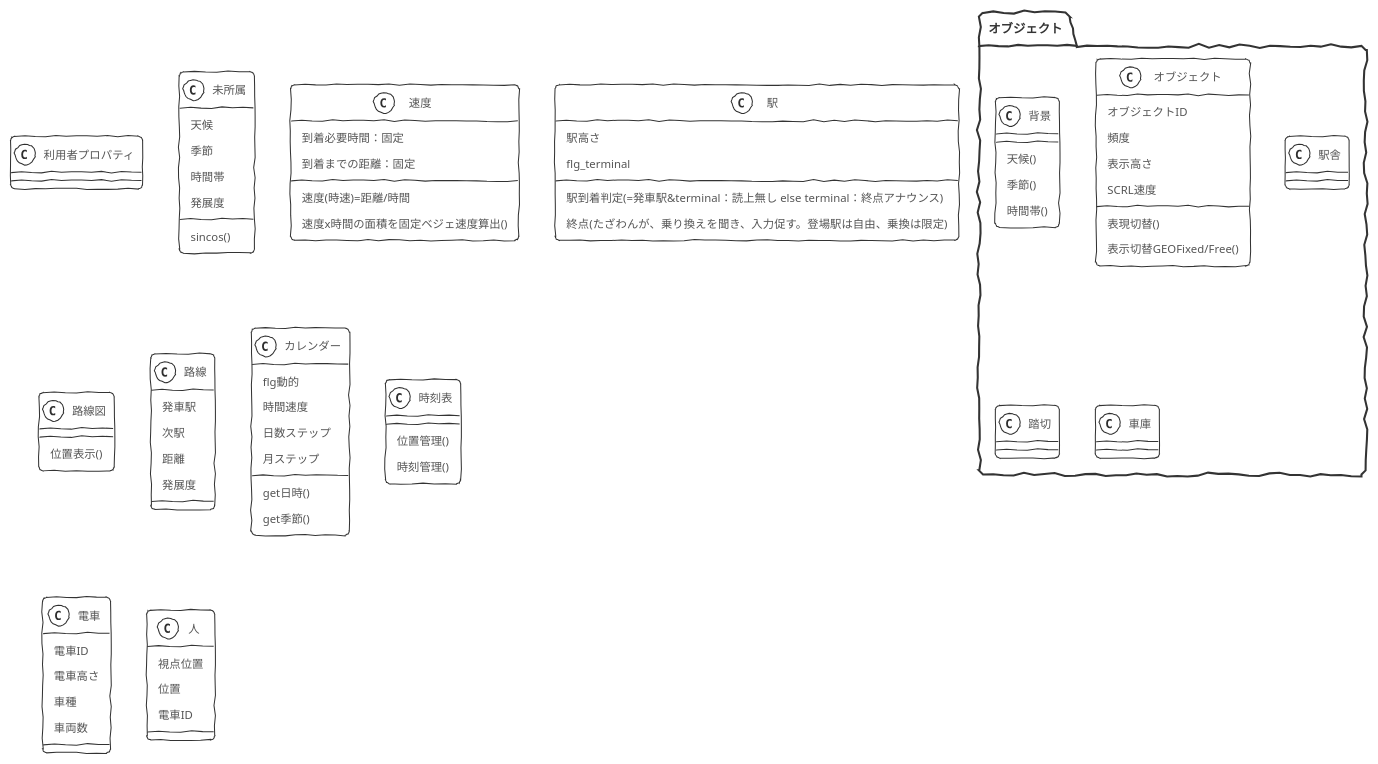
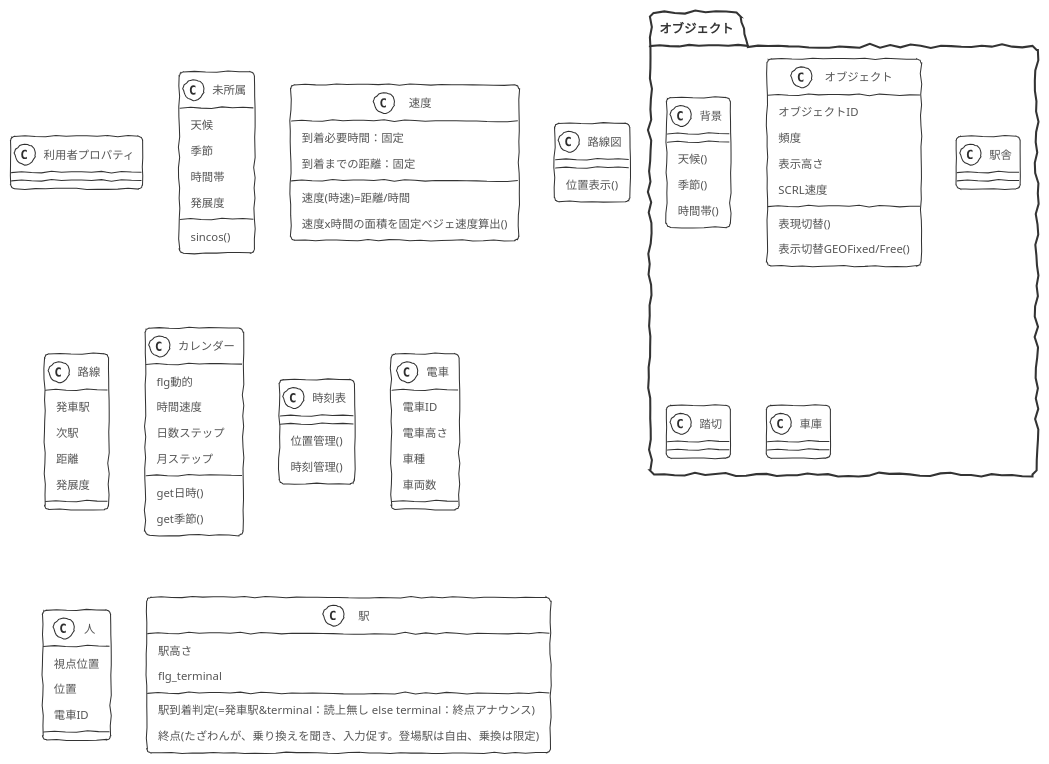
The diagram in 整理.md (ssmxgo/tazawa_prj01), drawn with PlantUML before and after one commit.

````diff
--- a/整理.md
+++ b/整理.md
@@ -63,12 +63,6 @@
 
 }
 
-class 駅 {
-    駅高さ
-    flg_terminal
-    駅到着判定(=発車駅&terminal：読上無し else terminal：終点アナウンス)
-    終点(たざわんが、乗り換えを聞き、入力促す。登場駅は自由、乗換は限定)
-}
 
 
 class 路線図 {
@@ -106,6 +100,14 @@
     電車ID
 }
 
+
+class 駅 {
+    駅高さ
+    flg_terminal
+    駅到着判定(=発車駅&terminal：読上無し else terminal：終点アナウンス)
+    終点(たざわんが、乗り換えを聞き、入力促す。登場駅は自由、乗換は限定)
+}
+
 package オブジェクト{
 class 背景{
     天候()
@@ -131,5 +133,4 @@
 }
 
 @enduml
-
 ```
````
